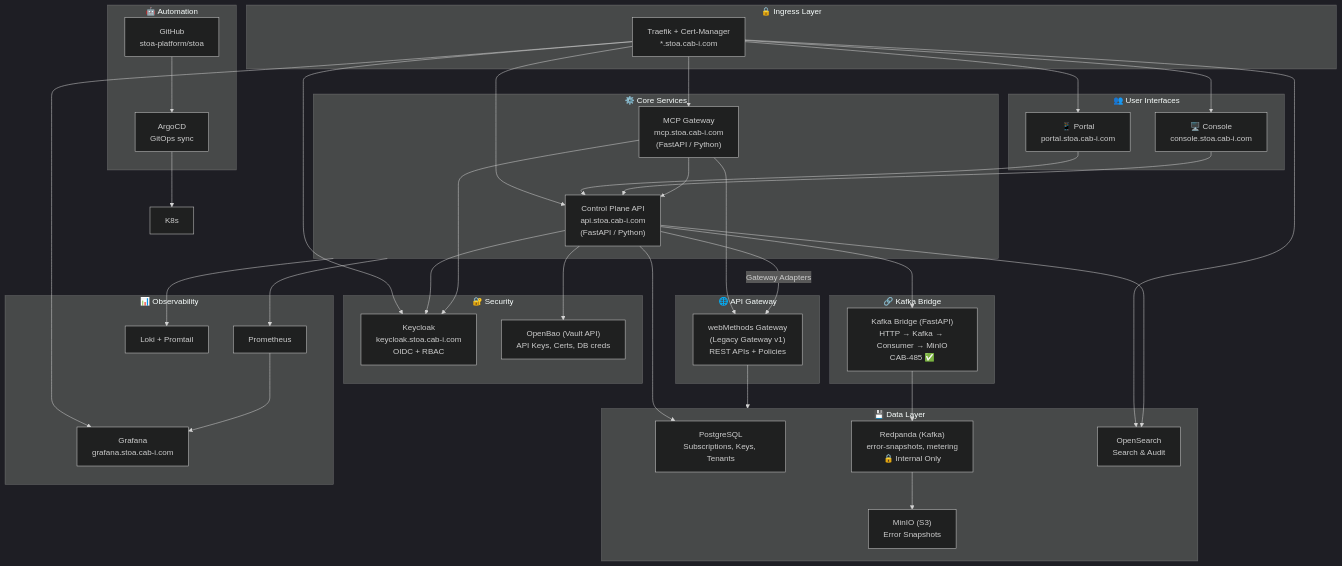
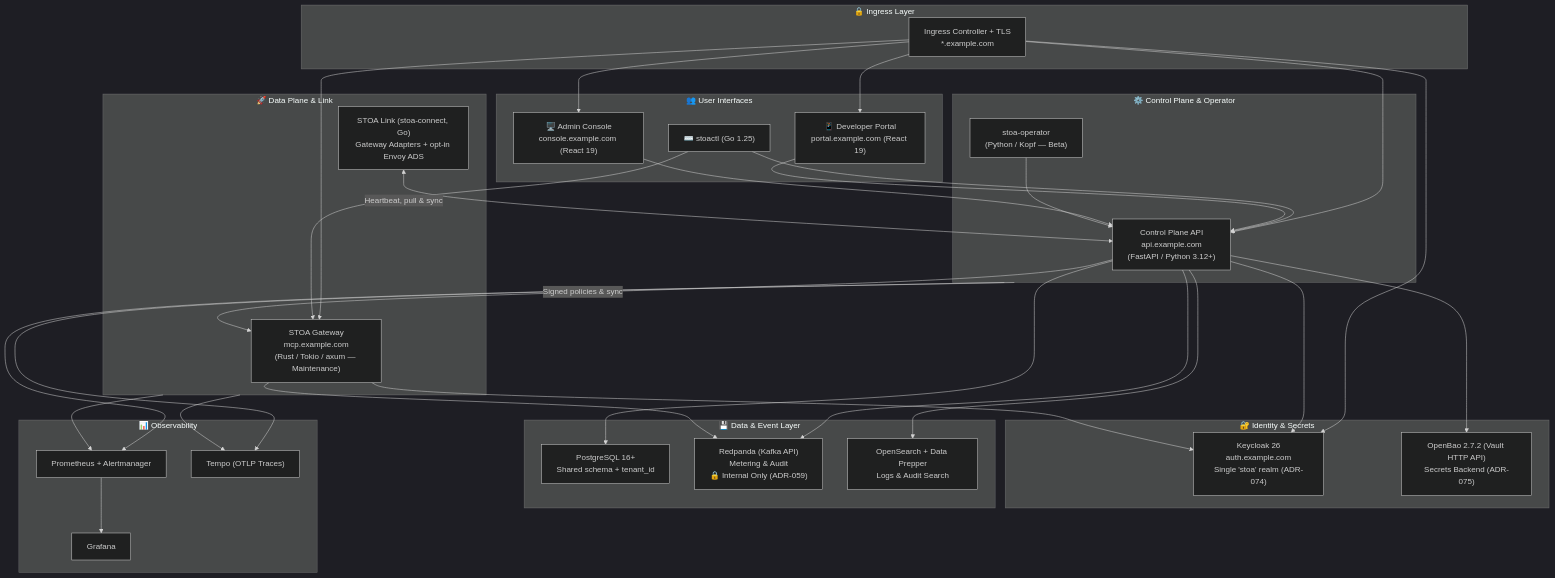
The first of 3 diagrams in docs/architecture/architecture-overview.md (stoa-platform/stoa-docs), drawn with Mermaid (dark theme) before and after one commit. The commit also changed other lines of this file and 31 other files, not shown here.

First line of the commit message:
docs(arch): align architecture, tenant model, secrets, and ADR index with ADR-073/074/075 (EN/FR)

````diff
--- a/docs/architecture/architecture-overview.md
+++ b/docs/architecture/architecture-overview.md
@@ -25,60 +21,50 @@
 ```mermaid
 flowchart TB
     subgraph Ingress["🔒 Ingress Layer"]
-        Traefik["Traefik + Cert-Manager<br/>*.stoa.cab-i.com"]
+        Ing["Ingress Controller + TLS<br/>*.example.com"]
     end
 
     subgraph UIs["👥 User Interfaces"]
-        Portal["📱 Portal<br/>portal.stoa.cab-i.com"]
-        Console["🖥️ Console<br/>console.stoa.cab-i.com"]
+        Portal["📱 Developer Portal<br/>portal.example.com (React 19)"]
+        Console["🖥️ Admin Console<br/>console.example.com (React 19)"]
+        CLI["⌨️ stoactl (Go 1.25)"]
     end
 
-    subgraph Core["⚙️ Core Services"]
-        API["Control Plane API<br/>api.stoa.cab-i.com<br/>(FastAPI / Python)"]
-        MCP["MCP Gateway<br/>mcp.stoa.cab-i.com<br/>(FastAPI / Python)"]
+    subgraph Core["⚙️ Control Plane & Operator"]
+        API["Control Plane API<br/>api.example.com<br/>(FastAPI / Python 3.12+)"]
+        Op["stoa-operator<br/>(Python / Kopf — Beta)"]
     end
 
-    subgraph Auth["🔐 Security"]
-        KC["Keycloak<br/>keycloak.stoa.cab-i.com<br/>OIDC + RBAC"]
-        Vault["OpenBao (Vault API)<br/>API Keys, Certs, DB creds"]
+    subgraph DP["🚀 Data Plane & Link"]
+        GW["STOA Gateway<br/>mcp.example.com<br/>(Rust / Tokio / axum — Maintenance)"]
+        Link["STOA Link (stoa-connect, Go)<br/>Gateway Adapters + opt-in Envoy ADS"]
     end
 
-    subgraph Gateway["🌐 API Gateway"]
-        wM["webMethods Gateway<br/>(Legacy Gateway v1)<br/>REST APIs + Policies"]
+    subgraph Auth["🔐 Identity & Secrets"]
+        KC["Keycloak 26<br/>auth.example.com<br/>Single 'stoa' realm (ADR-074)"]
+        Vault["OpenBao 2.7.2 (Vault HTTP API)<br/>Secrets Backend (ADR-075)"]
     end
 
-    subgraph Data["💾 Data Layer"]
-        PG["PostgreSQL<br/>Subscriptions, Keys, Tenants"]
-        Kafka["Redpanda (Kafka)<br/>error-snapshots, metering<br/>🔒 Internal Only"]
-        OS["OpenSearch<br/>Search & Audit"]
-        MinIO["MinIO (S3)<br/>Error Snapshots"]
-    end
-
-    subgraph Bridge["🔗 Kafka Bridge"]
-        KB["Kafka Bridge (FastAPI)<br/>HTTP → Kafka → Consumer → MinIO<br/>CAB-485 ✅"]
+    subgraph Data["💾 Data & Event Layer"]
+        PG["PostgreSQL 16+<br/>Shared schema + tenant_id"]
+        Kafka["Redpanda (Kafka API)<br/>Metering & Audit<br/>🔒 Internal Only (ADR-059)"]
+        OS["OpenSearch + Data Prepper<br/>Logs & Audit Search"]
     end
 
     subgraph Obs["📊 Observability"]
-        Prom["Prometheus"]
-        Graf["Grafana<br/>grafana.stoa.cab-i.com"]
-        Loki["Loki + Promtail"]
+        Prom["Prometheus + Alertmanager"]
+        Graf["Grafana"]
+        Tempo["Tempo (OTLP Traces)"]
     end
 
-    subgraph Auto["🤖 Automation"]
-        GitHub["GitHub<br/>stoa-platform/stoa"]
-        Argo["ArgoCD<br/>GitOps sync"]
-    end
-
-    Traefik --> Portal & Console & API & MCP & KC & Graf & OS
-    Portal --> API
-    Console --> API
-    API --> KC & Vault & PG & OS
-    MCP --> KC & API & wM
-    wM --> Data
-    API --> KB
-    KB --> Kafka --> MinIO
-    GitHub --> Argo --> K8s
-    API -->|"Gateway Adapters"| wM
-    Core --> Prom --> Graf
-    Core --> Loki
+    Ing --> Portal & Console & API & GW & KC
+    CLI --> API & GW
+    Portal & Console --> API
+    API --> KC & Vault & PG & Kafka & OS
+    Op --> API
+    GW --> KC & Kafka
+    API -->|"Signed policies & sync"| GW
+    Link <-->|"Heartbeat, pull & sync"| API
+    Core & DP --> Prom --> Graf
+    Core & DP --> Tempo
 ```
````
